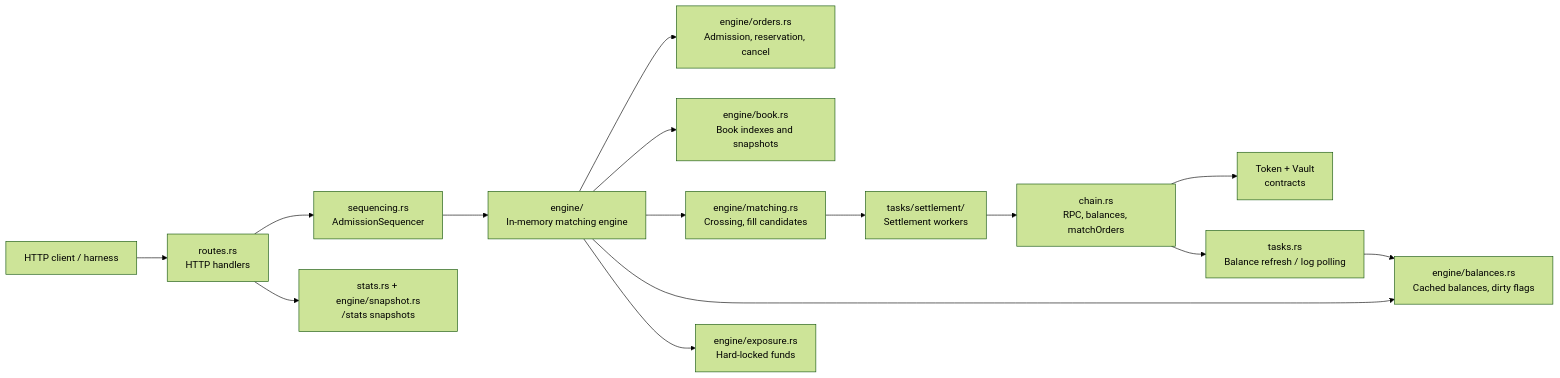
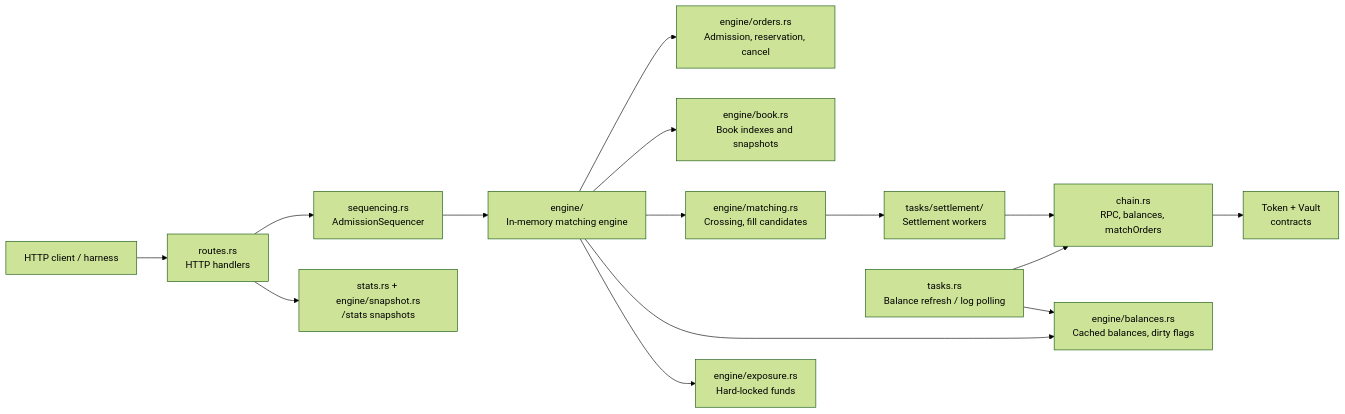
One commit to AJclemendor/vault-exercise changed the first of 2 diagrams in notes_wip.md. Above: the diagram before and after it, drawn with Mermaid (forest theme). The commit also changed other lines of this file and 1 other file, not shown here.

````diff
--- a/notes_wip.md
+++ b/notes_wip.md
@@ -99,20 +99,20 @@
 ```mermaid
 flowchart LR
     Client["HTTP client / harness"] --> Routes["routes.rs<br/>HTTP handlers"]
     Routes --> Sequencer["sequencing.rs<br/>AdmissionSequencer"]
     Sequencer --> Engine["engine/<br/>In-memory matching engine"]
 
     Engine --> Orders["engine/orders.rs<br/>Admission, reservation, cancel"]
     Engine --> Book["engine/book.rs<br/>Book indexes and snapshots"]
     Engine --> Matching["engine/matching.rs<br/>Crossing, fill candidates"]
     Engine --> Balances["engine/balances.rs<br/>Cached balances, dirty flags"]
     Engine --> Exposure["engine/exposure.rs<br/>Hard-locked funds"]
 
     Matching --> Settlement["tasks/settlement/<br/>Settlement workers"]
     Settlement --> Chain["chain.rs<br/>RPC, balances, matchOrders"]
     Chain --> Blockchain["Token + Vault<br/>contracts"]
 
-    Chain --> BalanceRefresh["tasks.rs<br/>Balance refresh / log polling"]
+    BalanceRefresh["tasks.rs<br/>Balance refresh / log polling"] --> Chain
     BalanceRefresh --> Balances
     Routes --> Stats["stats.rs + engine/snapshot.rs<br/>/stats snapshots"]
 ```
````
